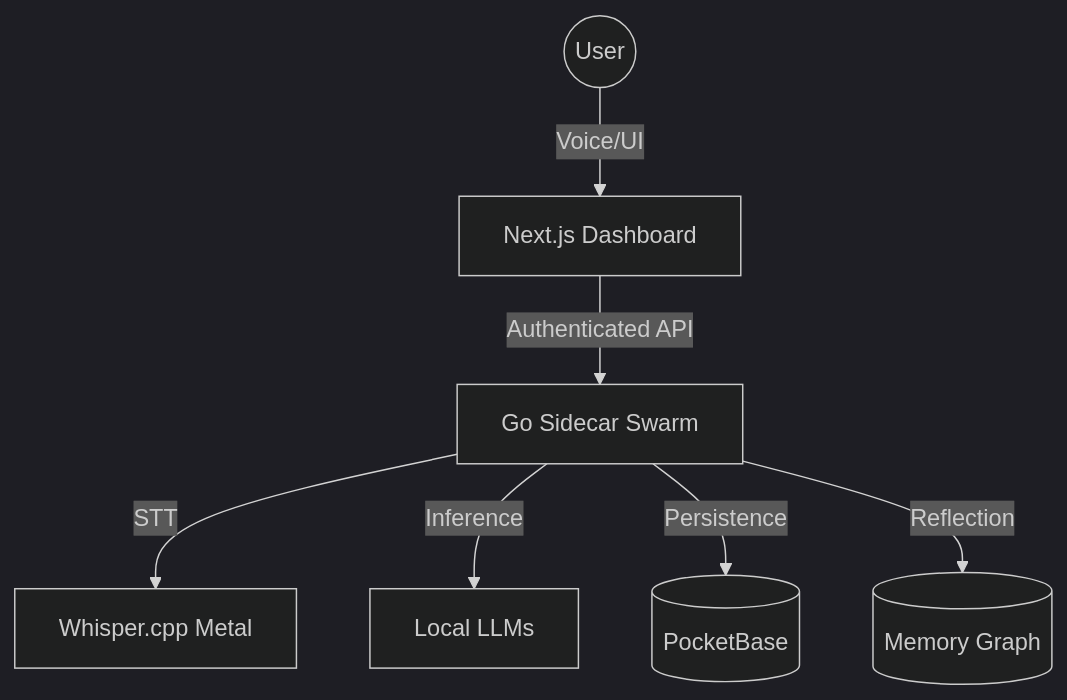
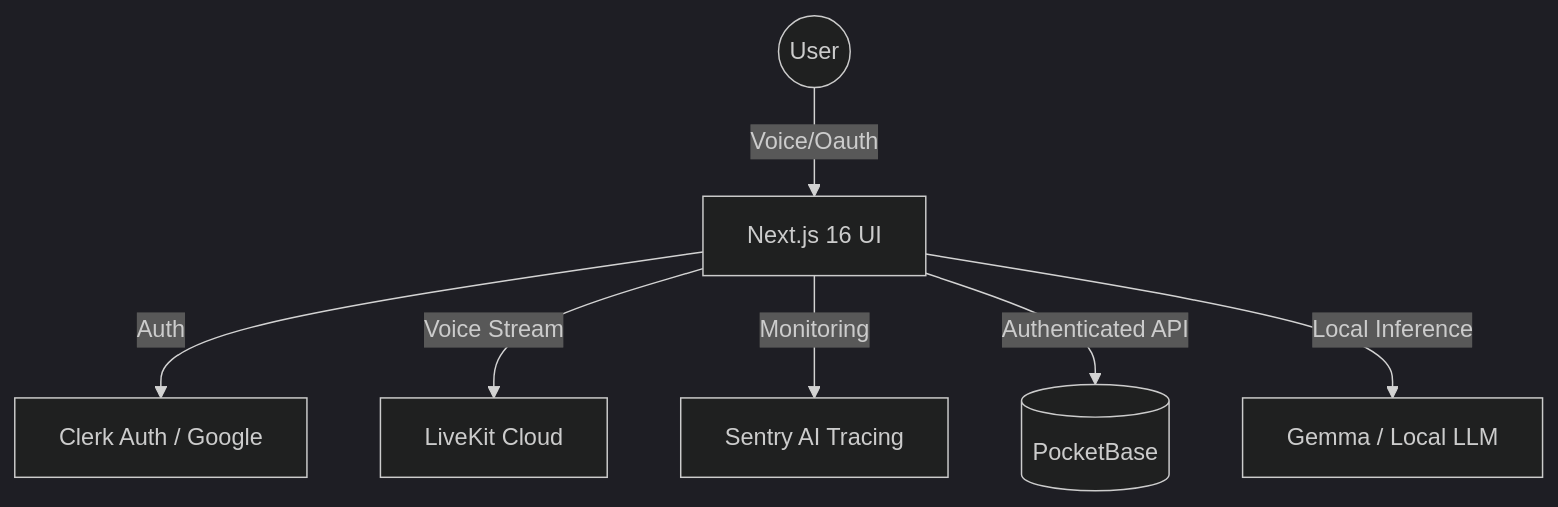
The diagram in README.md (Moeabdelaziz007/digitaltwin-local-agent), drawn with Mermaid (dark theme) before and after one commit. The commit also changed other lines of this file and 20 other files, not shown here.

Commit message:
feat: activate real-time LiveKit voice layer and responsive hologram

````diff
--- a/README.md
+++ b/README.md
@@ -25,9 +25,9 @@
 ```mermaid
 graph TD
-    User((User)) -->|Voice/UI| Front[Next.js Dashboard]
-    Front -->|Authenticated API| Side[Go Sidecar Swarm]
-    Side -->|STT| Whisper[Whisper.cpp Metal]
-    Side -->|Inference| Ollama[Local LLMs]
-    Side -->|Persistence| PB[(PocketBase)]
-    Side -->|Reflection| Graph[(Memory Graph)]
+    User((User)) -->|Voice/Oauth| Front[Next.js 16 UI]
+    Front -->|Auth| Clerk[Clerk Auth / Google]
+    Front -->|Voice Stream| LK[LiveKit Cloud]
+    Front -->|Monitoring| Sentry[Sentry AI Tracing]
+    Front -->|Authenticated API| PB[(PocketBase)]
+    Front -->|Local Inference| Ollama[Gemma / Local LLM]
 ```
````
